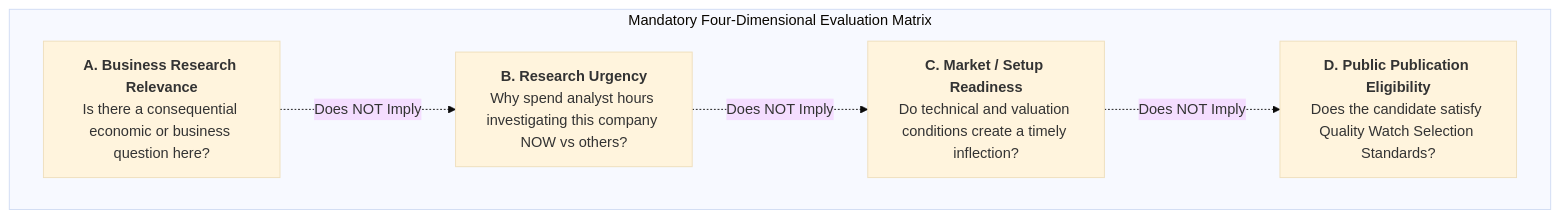
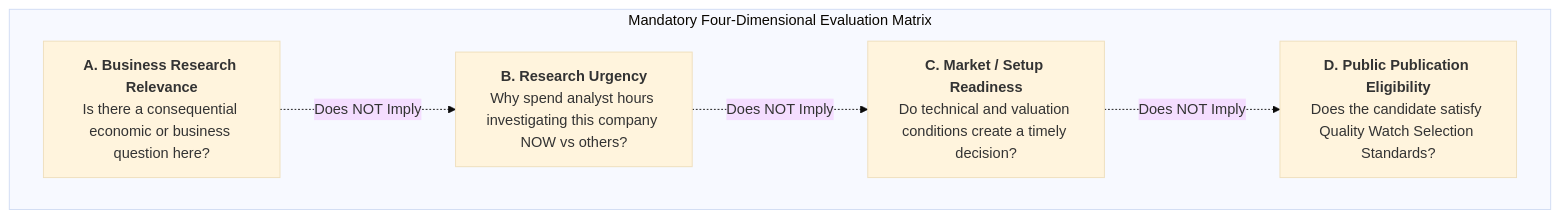
Before and after one commit to daakara/finance: the diagram in docs/research/discovery_cycle_2/CANDIDATE_PRIORITY_REASSESSMENT.md, drawn with Mermaid (base theme). The commit also changed other lines of this file and 4 other files, not shown here.

````diff
--- a/docs/research/discovery_cycle_2/CANDIDATE_PRIORITY_REASSESSMENT.md
+++ b/docs/research/discovery_cycle_2/CANDIDATE_PRIORITY_REASSESSMENT.md
@@ -17,12 +15,12 @@
 ```mermaid
 flowchart TD
     subgraph EpistemicDistinctions["Mandatory Four-Dimensional Evaluation Matrix"]
         A["<b>A. Business Research Relevance</b><br/>Is there a consequential economic or business question here?"]
         B["<b>B. Research Urgency</b><br/>Why spend analyst hours investigating this company NOW vs others?"]
-        C["<b>C. Market / Setup Readiness</b><br/>Do technical and valuation conditions create a timely inflection?"]
+        C["<b>C. Market / Setup Readiness</b><br/>Do technical and valuation conditions create a timely decision?"]
         D["<b>D. Public Publication Eligibility</b><br/>Does the candidate satisfy Quality Watch Selection Standards?"]
     end
     A -.->|Does NOT Imply| B
     B -.->|Does NOT Imply| C
     C -.->|Does NOT Imply| D
 ```
````
